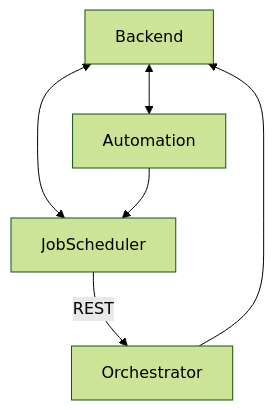
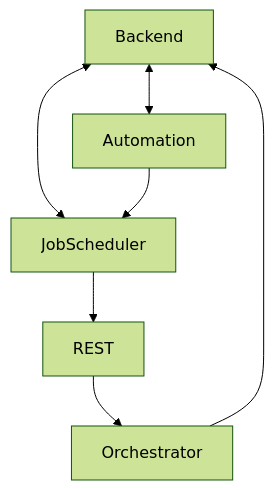
One commit to Bazant-Inc/general changed the diagram in docs/kafka-topics.md. Above: the diagram before and after it, drawn with Mermaid (forest theme). The commit also changed other lines of this file and 2 other files, not shown here.

Commit message:
DTO refinement + additional orchestrator->backend topic

````diff
--- a/docs/kafka-topics.md
+++ b/docs/kafka-topics.md
@@ -12,8 +12,8 @@
 ```mermaid
 graph TD;
     Backend<-->Automation;
     Backend<-->JobScheduler;
     Orchestrator-->Backend;
-    JobScheduler-- REST -->Orchestrator;
+    JobScheduler-->REST-->Orchestrator;
     Automation-->JobScheduler
 ```
````
